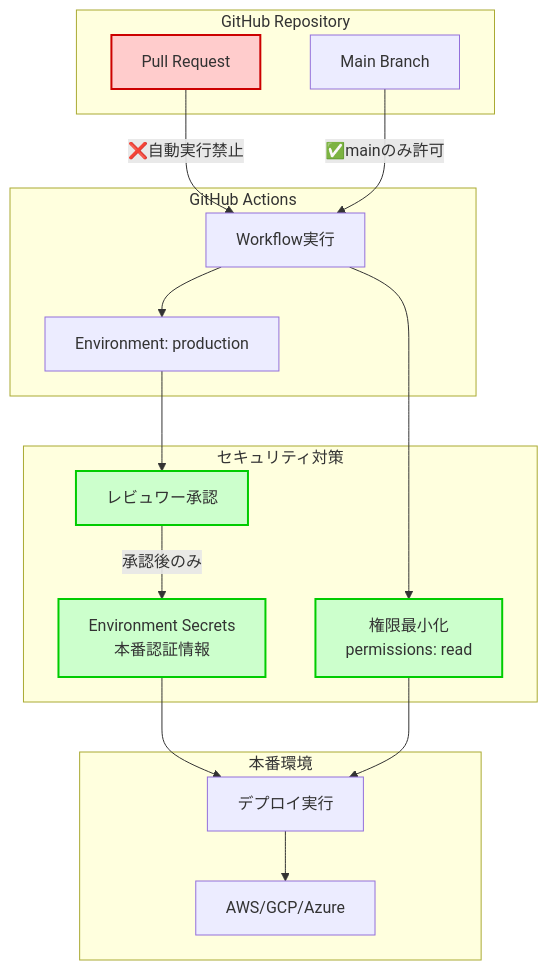
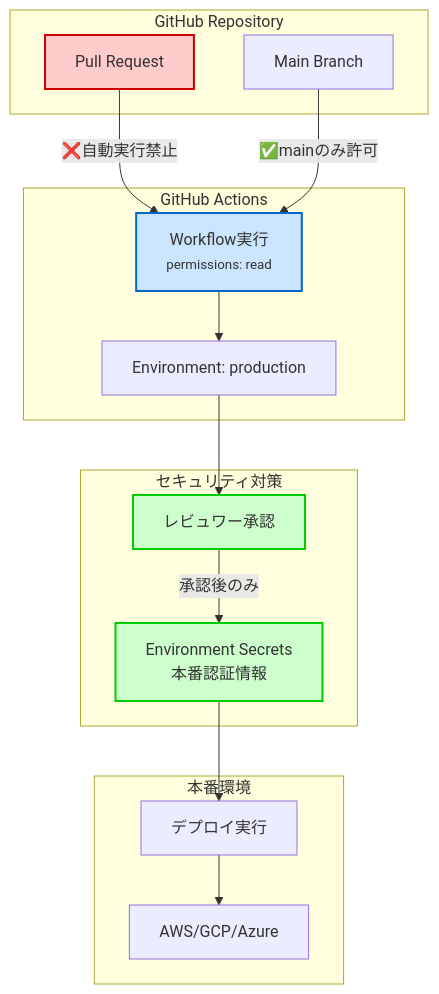
The second of 4 diagrams in articles/validator-security-incident-2025.md (KenjiMatsumoto/zenn-articles), drawn with Mermaid before and after one commit. The commit also changed other lines of this file, not shown here.

Commit message:
Refine flowcharts in the validator security incident article for clarity and consistency. Update labels and styles for better visual representation, and enhance the explanation of log processing and alert mechanisms.

````diff
--- a/articles/validator-security-incident-2025.md
+++ b/articles/validator-security-incident-2025.md
@@ -175,38 +175,37 @@
 ```mermaid
 flowchart TB
     subgraph GitHub["GitHub Repository"]
         PR[Pull Request]
         Main[Main Branch]
     end
 
     subgraph Actions["GitHub Actions"]
-        Workflow[Workflow実行]
+        Workflow[Workflow実行
+<small>permissions: read</small>]
         Env[Environment: production]
     end
 
     subgraph Security["セキュリティ対策"]
         Approval[レビュワー承認]
-        MinPerm[権限最小化<br/>permissions: read]
-        EnvSecret[Environment Secrets<br/>本番認証情報]
+        EnvSecret[Environment Secrets
+本番認証情報]
     end
 
     subgraph Production["本番環境"]
         Deploy[デプロイ実行]
         Cloud[AWS/GCP/Azure]
     end
 
     PR -->|❌自動実行禁止| Workflow
     Main -->|✅mainのみ許可| Workflow
     Workflow --> Env
     Env --> Approval
     Approval -->|承認後のみ| EnvSecret
-    Workflow --> MinPerm
     EnvSecret --> Deploy
-    MinPerm --> Deploy
     Deploy --> Cloud
 
     style Approval fill:#ccffcc,stroke:#00cc00,stroke-width:2px
-    style MinPerm fill:#ccffcc,stroke:#00cc00,stroke-width:2px
     style EnvSecret fill:#ccffcc,stroke:#00cc00,stroke-width:2px
+    style Workflow fill:#cce5ff,stroke:#0066cc,stroke-width:2px
     style PR fill:#ffcccc,stroke:#cc0000,stroke-width:2px
 ```
````
